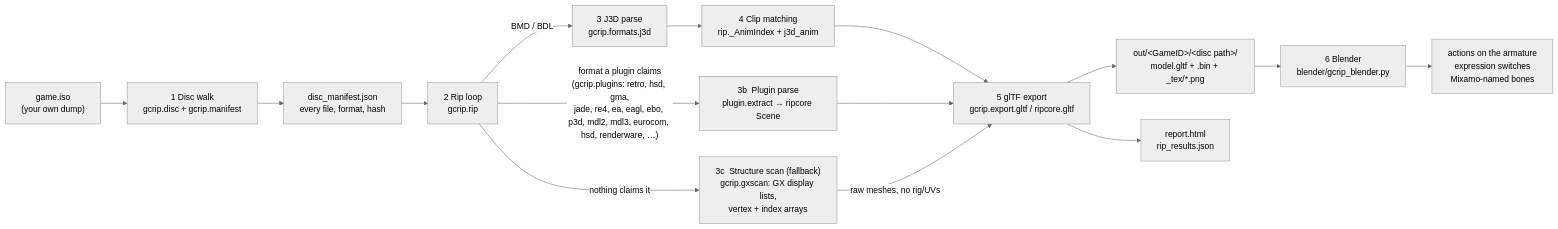
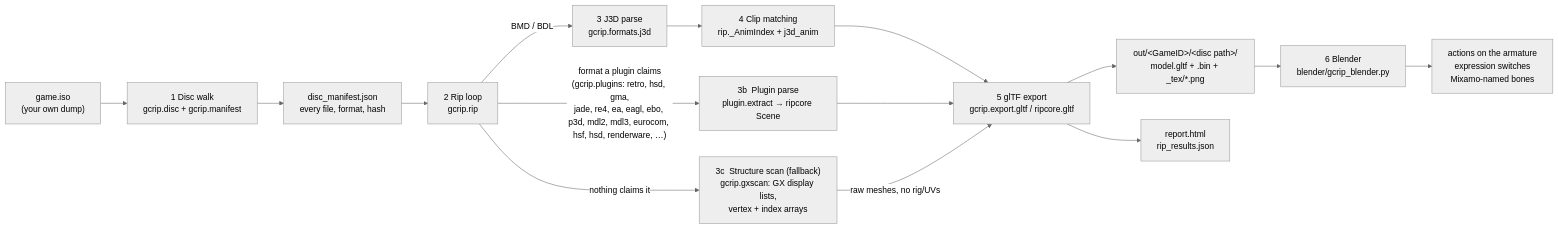
One commit to Felbs/3d-ripper-9000 changed the first of 8 diagrams in docs/PIPELINE.md. Above: the diagram before and after it, drawn with Mermaid (neutral theme). The commit also changed other lines of this file and 5 other files, not shown here.

First line of the commit message:
gcrip hsf/mpbin: Hudson HSF models (Mario Party 4-7) - .bin archives (LZSS/slide/RLE/zlib), section tables, strips, TRS object hierarchy, cenv skin weights, GX textures with palettes

````diff
--- a/docs/PIPELINE.md
+++ b/docs/PIPELINE.md
@@ -11,17 +11,17 @@
 ```mermaid
 flowchart LR
     ISO["game.iso<br/>(your own dump)"] --> WALK["1  Disc walk<br/>gcrip.disc + gcrip.manifest"]
     WALK --> MAN["disc_manifest.json<br/>every file, format, hash"]
     MAN --> RIP["2  Rip loop<br/>gcrip.rip"]
     RIP -->|"BMD / BDL"| J3D["3  J3D parse<br/>gcrip.formats.j3d"]
-    RIP -->|"format a plugin claims<br/>(gcrip.plugins: retro, hsd, gma,<br/>jade, re4, ea, eagl, ebo, p3d, mdl2, mdl3, eurocom, hsd, renderware, …)"| PLUG["3b  Plugin parse<br/>plugin.extract → ripcore Scene"]
+    RIP -->|"format a plugin claims<br/>(gcrip.plugins: retro, hsd, gma,<br/>jade, re4, ea, eagl, ebo, p3d, mdl2, mdl3, eurocom, hsf, hsd, renderware, …)"| PLUG["3b  Plugin parse<br/>plugin.extract → ripcore Scene"]
     RIP -->|"nothing claims it"| GX["3c  Structure scan (fallback)<br/>gcrip.gxscan: GX display lists,<br/>vertex + index arrays"]
     J3D --> ANIM["4  Clip matching<br/>rip._AnimIndex + j3d_anim"]
     ANIM --> GLTF["5  glTF export<br/>gcrip.export.gltf / ripcore.gltf"]
     PLUG --> GLTF
     GX -->|"raw meshes, no rig/UVs"| GLTF
     GLTF --> OUT["out/&lt;GameID&gt;/&lt;disc path&gt;/<br/>model.gltf + .bin + _tex/*.png"]
     GLTF --> REP["report.html<br/>rip_results.json"]
     OUT --> BL["6  Blender<br/>blender/gcrip_blender.py"]
     BL --> PLAY["actions on the armature<br/>expression switches<br/>Mixamo-named bones"]
 ```
````
